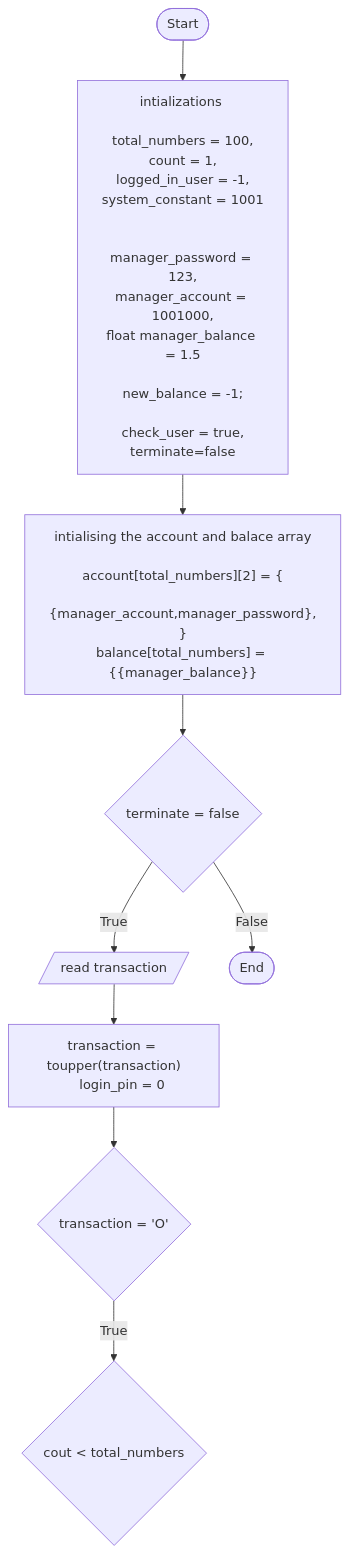
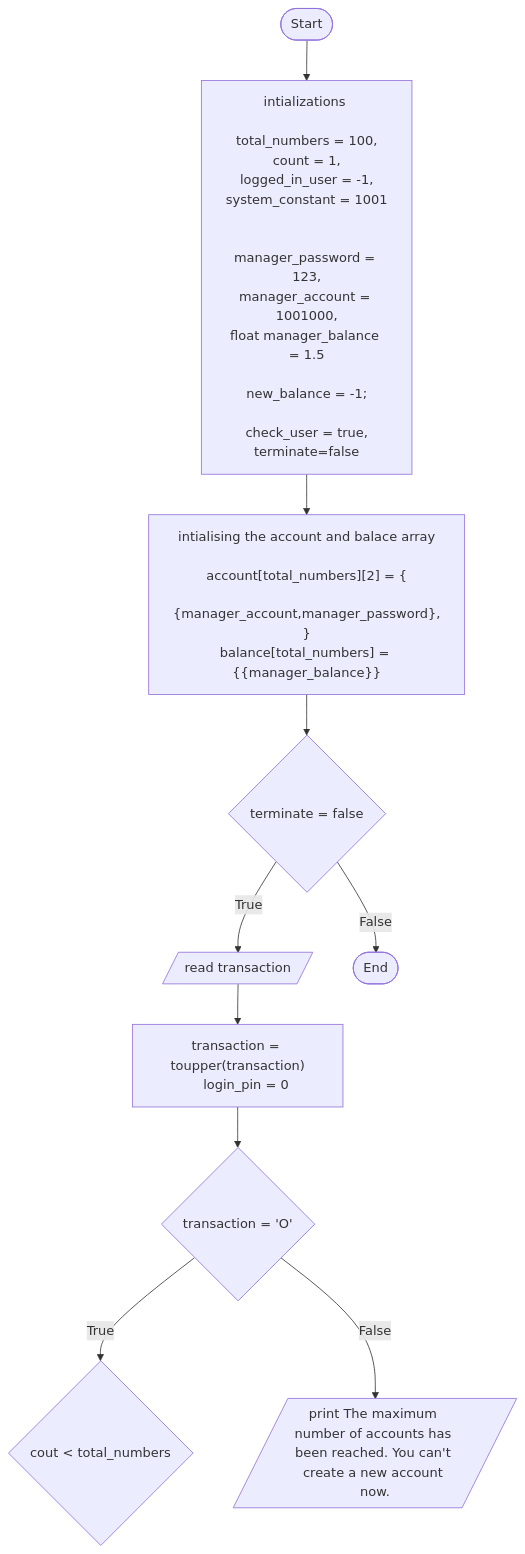
Before and after one commit to Ludis-ET/Bank-Account: the diagram in FoP I/flowchart.md, drawn with Mermaid.

````diff
--- a/FoP I/flowchart.md
+++ b/FoP I/flowchart.md
@@ -1,48 +1,49 @@
 ```mermaid
     flowchart TD;
     A([Start])-->B["
     intializations 
 
     total_numbers = 100,
     count = 1,
     logged_in_user = -1,
     system_constant = 1001
 
 
     manager_password = 123,
     manager_account = 1001000,
     float manager_balance = 1.5
     
     new_balance = -1;
 
     check_user = true,
     terminate=false
     
     "];
 
 
     B-->C["
     
     intialising the account and balace array
 
     account[total_numbers][2] = {
         {manager_account,manager_password},
     }
     balance[total_numbers] = {{manager_balance}}
 
     "];
 
 
     C-->D{terminate = false}
     D -->|True| E[/read transaction/]
     D -->|False| E1([End]);
     E -->F["
         transaction = toupper(transaction)
         login_pin = 0
     "]
     F --> G{transaction = 'O'}
-    G --> |True| G1{cout < total_numbers}
+    G --> |True| H{cout < total_numbers}
+    G --> |False| H1[/ print The maximum number of accounts has been reached. You can't create a new account now. /]
 
 
     
 ```
````
